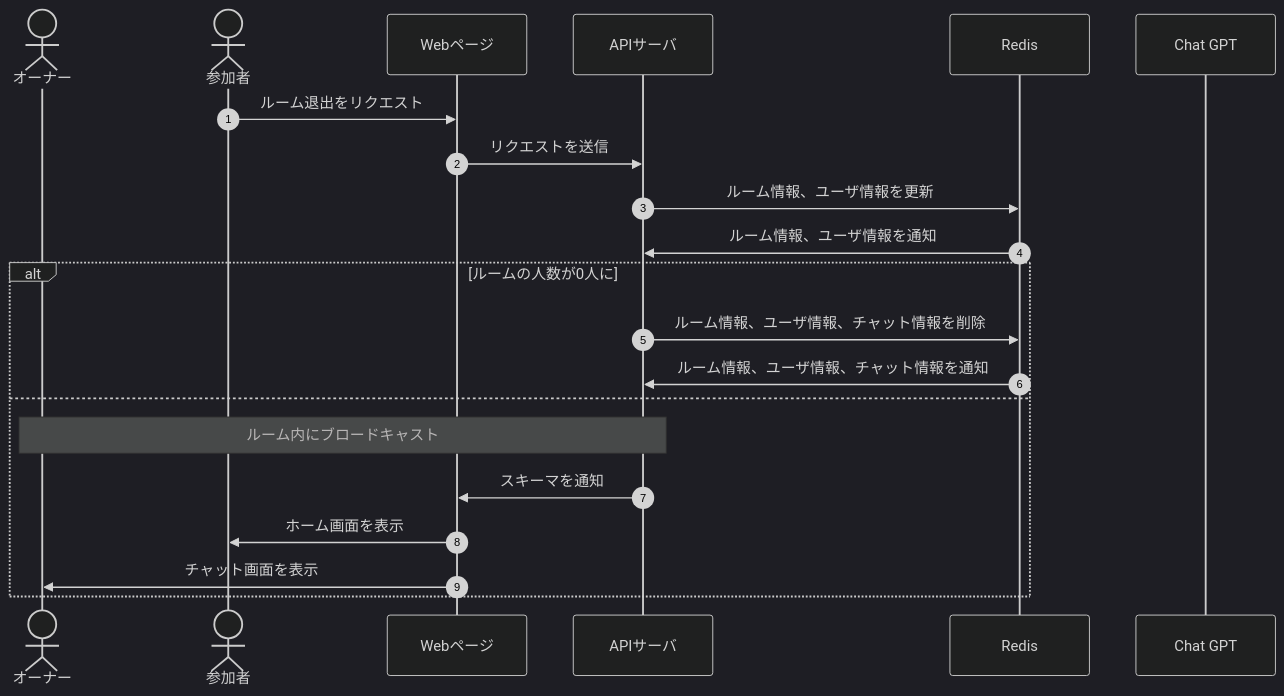
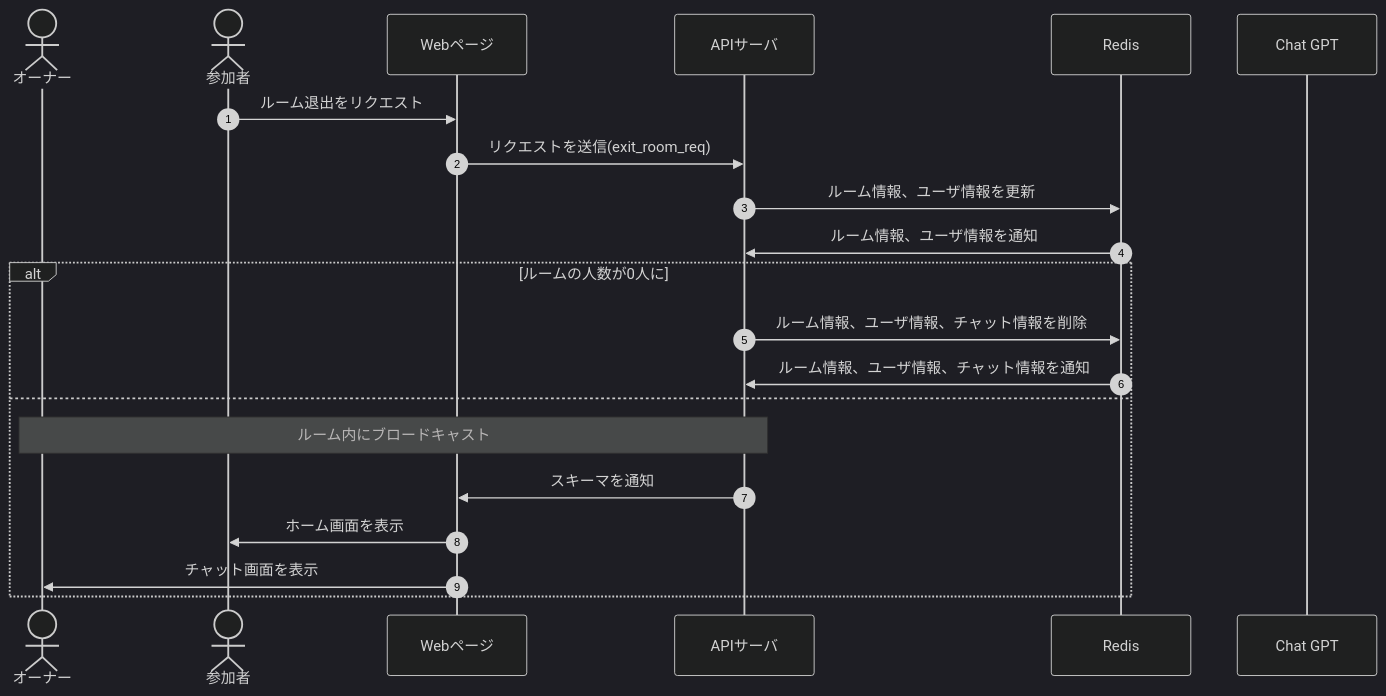
The diagram in docs/DesignDog/03_ルーム退出.md (Tanakaryuki/chat_wolf), drawn with Mermaid (dark theme) before and after one commit. The commit also changed other lines of this file and 29 other files, not shown here.

Commit message:
docs: 📄 fix Design Doc schema

````diff
--- a/docs/DesignDog/03_ルーム退出.md
+++ b/docs/DesignDog/03_ルーム退出.md
@@ -11,24 +11,24 @@
 ```mermaid
 sequenceDiagram
     autonumber
     actor owner as オーナー
     actor participants as 参加者
     participant front as Webページ
     participant api as APIサーバ
     participant db as Redis
     participant ai as Chat GPT
 
     participants->>front: ルーム退出をリクエスト
-    front->>api: リクエストを送信
+    front->>api: リクエストを送信(exit_room_req)
     api->>db: ルーム情報、ユーザ情報を更新
     db->>api: ルーム情報、ユーザ情報を通知
     alt ルームの人数が0人に
         api->>db: ルーム情報、ユーザ情報、チャット情報を削除
         db->>api: ルーム情報、ユーザ情報、チャット情報を通知
     else
         Note over owner,api: ルーム内にブロードキャスト
         api->>front: スキーマを通知
         front->>participants: ホーム画面を表示
         front->>owner: チャット画面を表示
     end
 ```
````
